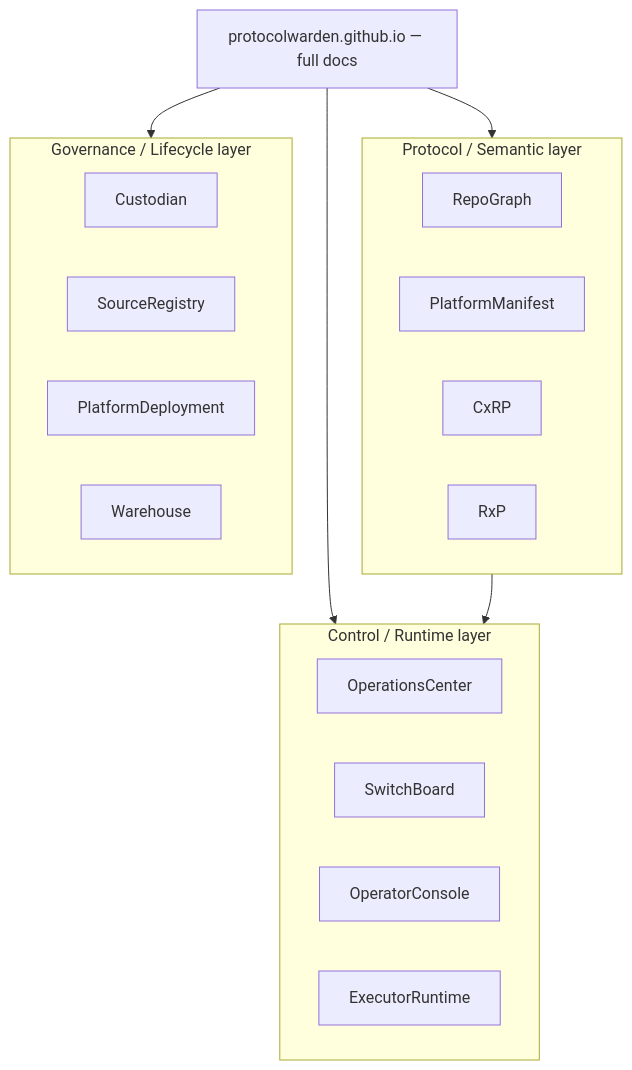
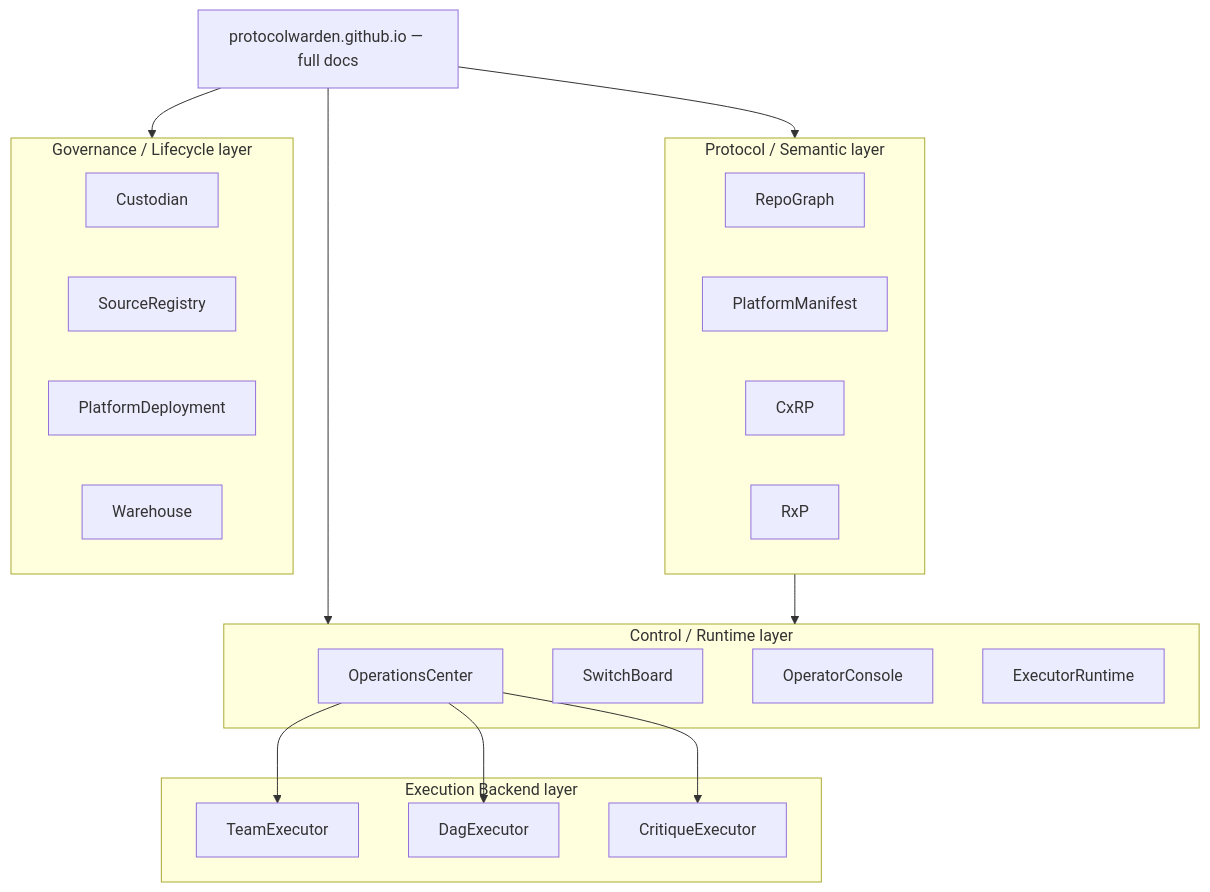
The diagram in README.md (ProtocolWarden/ProtocolWarden), drawn with Mermaid before and after one commit. The commit also changed other lines of this file, not shown here.

Commit message:
feat(profile): add executor backend layer for ADR 0005 (TeamExecutor/DagExecutor/CritiqueExecutor)

````diff
--- a/README.md
+++ b/README.md
@@ -16,30 +16,39 @@
 ```mermaid
 graph TD
     DOCS["protocolwarden.github.io — full docs"]
 
     subgraph proto ["Protocol / Semantic layer"]
         RG[RepoGraph]
         PM[PlatformManifest]
         CX[CxRP]
         RX[RxP]
     end
 
     subgraph ctrl ["Control / Runtime layer"]
         OPS[OperationsCenter]
         SB[SwitchBoard]
         OC[OperatorConsole]
         ER[ExecutorRuntime]
     end
 
+    subgraph exec ["Execution Backend layer"]
+        TE[TeamExecutor]
+        DE[DagExecutor]
+        CE[CritiqueExecutor]
+    end
+
     subgraph gov ["Governance / Lifecycle layer"]
         CU[Custodian]
         SR[SourceRegistry]
         PD[PlatformDeployment]
         WH[Warehouse]
     end
 
     DOCS --> proto
     DOCS --> ctrl
     DOCS --> gov
     proto --> ctrl
+    OPS --> TE
+    OPS --> DE
+    OPS --> CE
 ```
````
